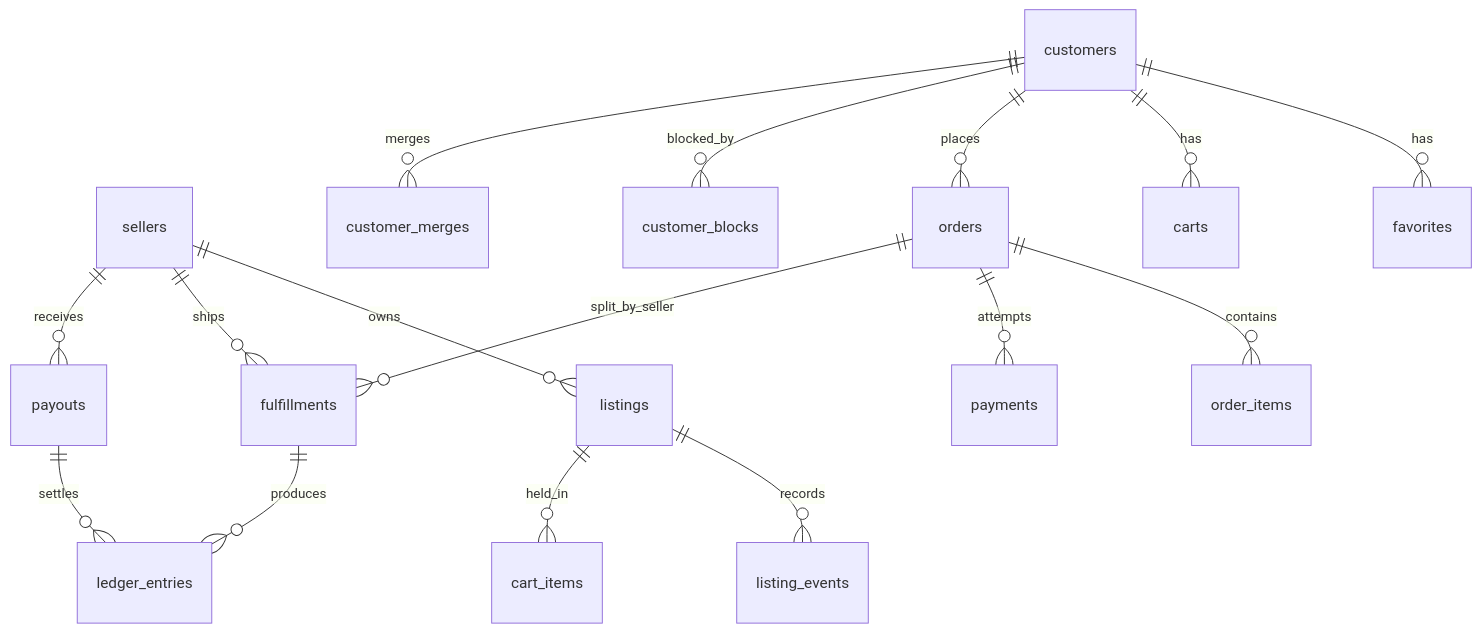
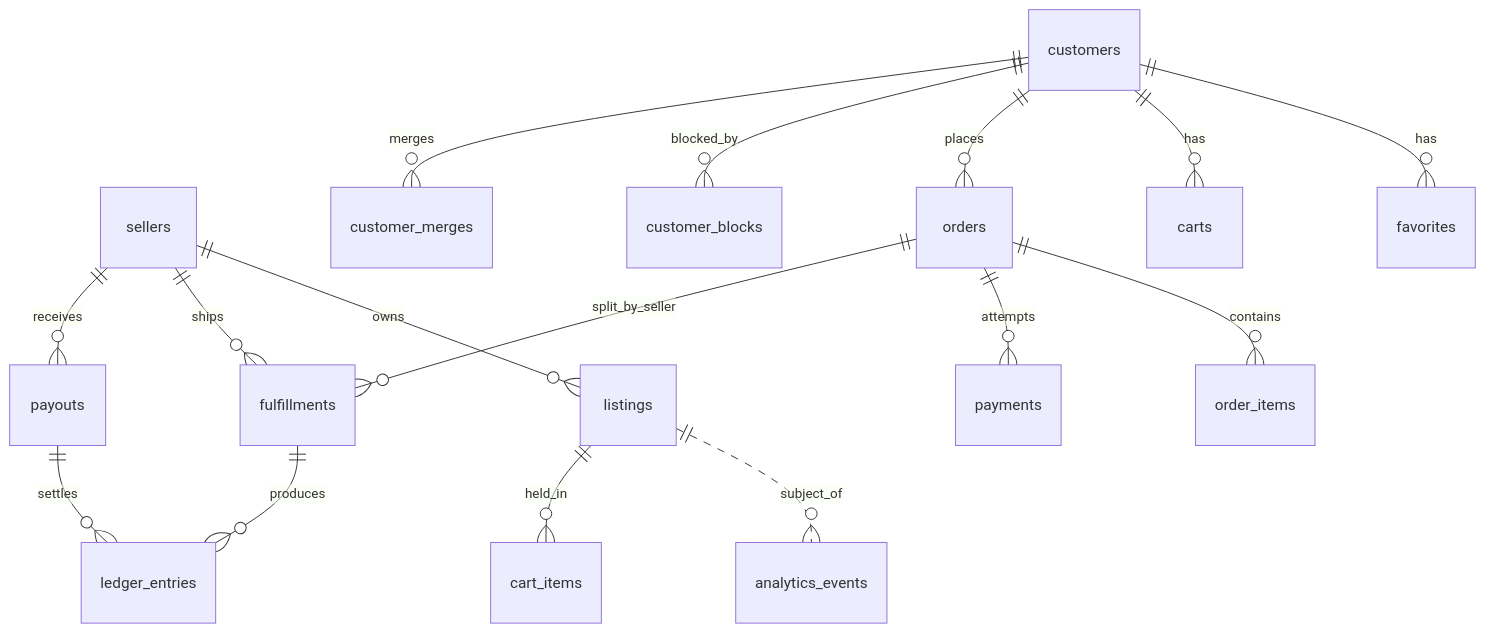
The fourth of 5 diagrams in prototype/php/docs/architecture.md (jonathan-beebe/art-store), drawn with Mermaid before and after one commit. The commit also changed other lines of this file and 92 other files, not shown here.

First line of the commit message:
feat[php]: analytics events buffer through one Analytics entry point into a store of their own [FEAT-039] (#63)

````diff
--- a/prototype/php/docs/architecture.md
+++ b/prototype/php/docs/architecture.md
@@ -461,18 +466,18 @@
 ```mermaid
 erDiagram
     sellers ||--o{ listings : owns
     customers ||--o{ favorites : has
     customers ||--o{ carts : has
     customers ||--o{ orders : places
     customers ||--o{ customer_blocks : blocked_by
-    listings ||--o{ listing_events : records
+    listings ||..o{ analytics_events : subject_of
     listings ||--o{ cart_items : held_in
     orders ||--o{ order_items : contains
     orders ||--o{ payments : attempts
     orders ||--o{ fulfillments : split_by_seller
     sellers ||--o{ fulfillments : ships
     fulfillments ||--o{ ledger_entries : produces
     sellers ||--o{ payouts : receives
     payouts ||--o{ ledger_entries : settles
     customers ||--o{ customer_merges : merges
 ```
````
